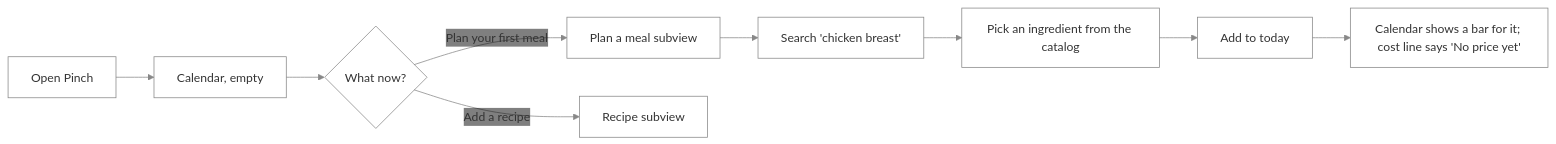
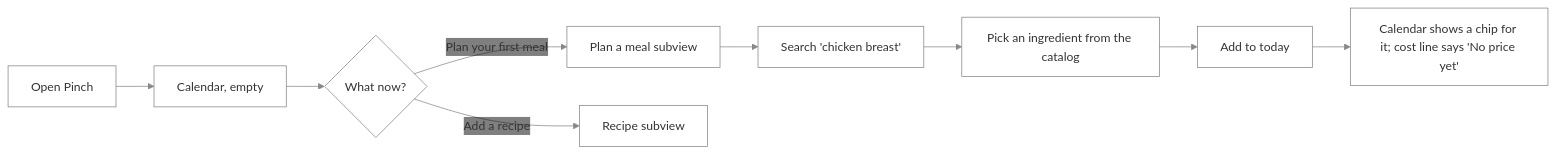
Before and after one commit to NovaMoonX/moondreams-dev-apps: diagram 22 of 27 in src/apps/pinch/UX.md, drawn with Mermaid. The commit also changed other lines of this file and 1 other file, not shown here.

````diff
--- a/src/apps/pinch/UX.md
+++ b/src/apps/pinch/UX.md
@@ -753,7 +754,7 @@
 ```mermaid
 %%{init: {'theme': 'base', 'themeVariables': {'primaryColor': 'transparent', 'clusterBkg': 'transparent', 'primaryBorderColor': '#888888', 'clusterBorder': '#888888', 'lineColor': '#888888', 'primaryTextColor': '#333333'}}}%%
 flowchart LR
     A[Open Pinch] --> B["Calendar, empty"] --> C{"What now?"}
-    C -->|Plan your first meal| D["Plan a meal subview"] --> E["Search 'chicken breast'"] --> F["Pick an ingredient from the catalog"] --> G["Add to today"] --> H["Calendar shows a bar for it; cost line says 'No price yet'"]
+    C -->|Plan your first meal| D["Plan a meal subview"] --> E["Search 'chicken breast'"] --> F["Pick an ingredient from the catalog"] --> G["Add to today"] --> H["Calendar shows a chip for it; cost line says 'No price yet'"]
     C -->|Add a recipe| I["Recipe subview"]
 ```
````
